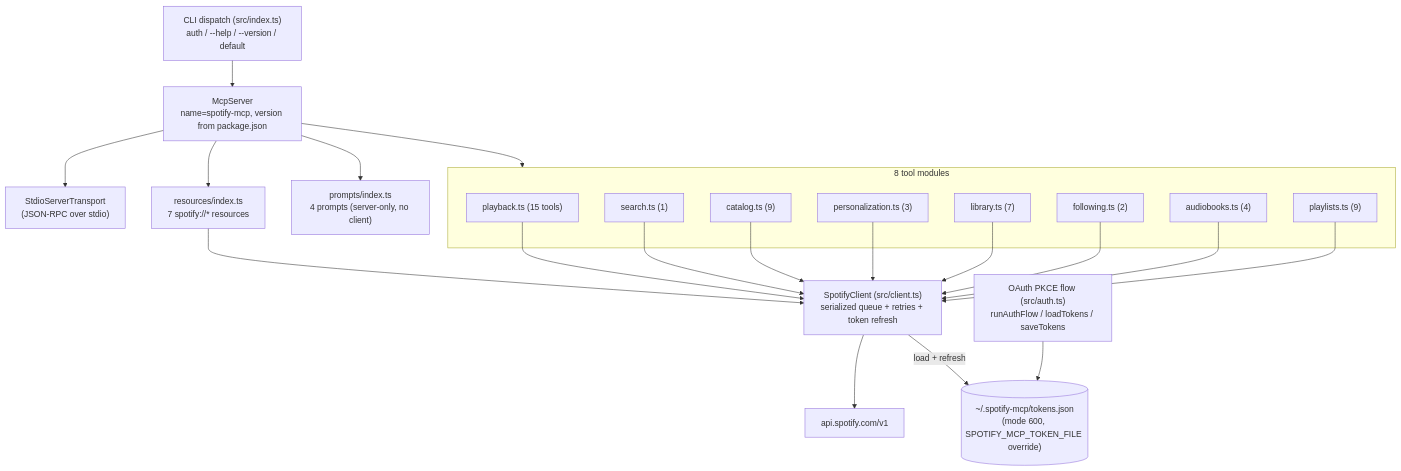
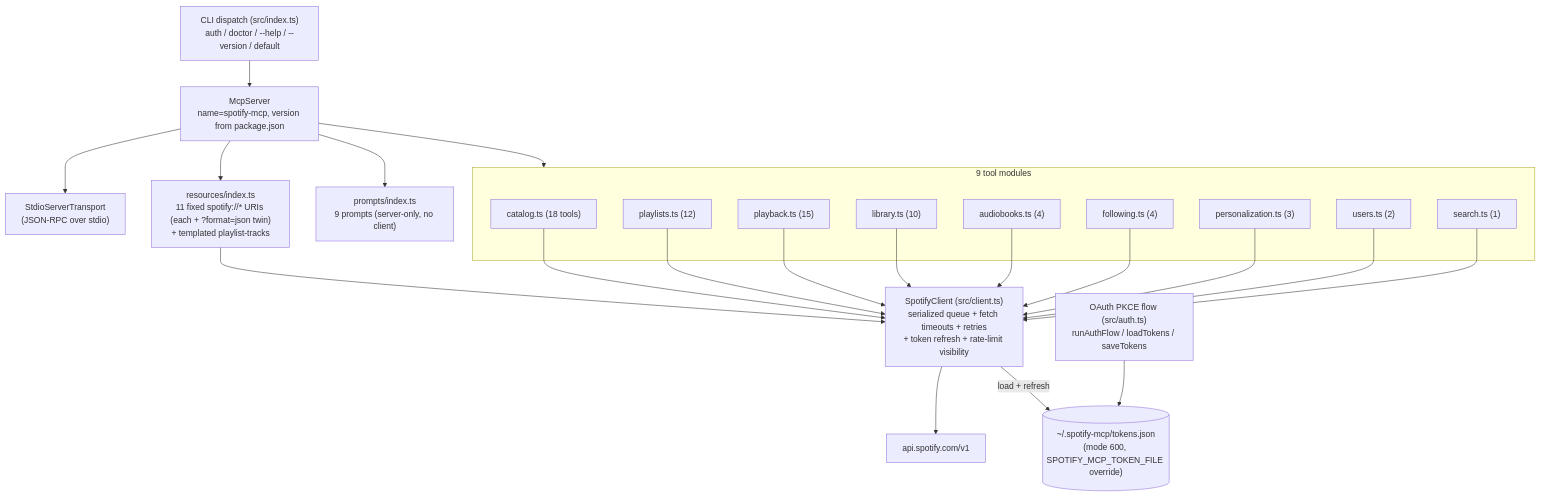
The first of 2 diagrams in ARCHITECTURE.md (NovaLux12/spotify-mcp-server), drawn with Mermaid before and after one commit. The commit also changed other lines of this file and 7 other files, not shown here.

````diff
--- a/ARCHITECTURE.md
+++ b/ARCHITECTURE.md
@@ -7,34 +7,36 @@
 ```mermaid
 flowchart TD
-    CLI["CLI dispatch (src/index.ts)<br/>auth / --help / --version / default"] --> MCP["McpServer<br/>name=spotify-mcp, version from package.json"]
+    CLI["CLI dispatch (src/index.ts)<br/>auth / doctor / --help / --version / default"] --> MCP["McpServer<br/>name=spotify-mcp, version from package.json"]
     MCP --> T["StdioServerTransport<br/>(JSON-RPC over stdio)"]
 
-    subgraph REG["8 tool modules"]
-        PB["playback.ts (15 tools)"]
+    subgraph REG["9 tool modules"]
+        CA["catalog.ts (18 tools)"]
+        PL["playlists.ts (12)"]
+        PB["playback.ts (15)"]
+        LI["library.ts (10)"]
+        AB["audiobooks.ts (4)"]
+        FO["following.ts (4)"]
+        PE["personalization.ts (3)"]
+        US["users.ts (2)"]
         SE["search.ts (1)"]
-        CA["catalog.ts (9)"]
-        PE["personalization.ts (3)"]
-        LI["library.ts (7)"]
-        FO["following.ts (2)"]
-        AB["audiobooks.ts (4)"]
-        PL["playlists.ts (9)"]
     end
     MCP --> REG
 
-    MCP --> RES["resources/index.ts<br/>7 spotify://* resources"]
-    MCP --> PRM["prompts/index.ts<br/>4 prompts (server-only, no client)"]
+    MCP --> RES["resources/index.ts<br/>11 fixed spotify://* URIs (each + ?format=json twin)<br/>+ templated playlist-tracks"]
+    MCP --> PRM["prompts/index.ts<br/>9 prompts (server-only, no client)"]
 
+    CA --> C
+    PL --> C
     PB --> C
+    LI --> C
+    AB --> C
+    FO --> C
+    PE --> C
+    US --> C
     SE --> C
-    CA --> C
-    PE --> C
-    LI --> C
-    FO --> C
-    AB --> C
-    PL --> C
     RES --> C
 
-    C["SpotifyClient (src/client.ts)<br/>serialized queue + retries + token refresh"] --> API["api.spotify.com/v1"]
+    C["SpotifyClient (src/client.ts)<br/>serialized queue + fetch timeouts + retries<br/>+ token refresh + rate-limit visibility"] --> API["api.spotify.com/v1"]
     AUTH["OAuth PKCE flow (src/auth.ts)<br/>runAuthFlow / loadTokens / saveTokens"] --> TOK[("~/.spotify-mcp/tokens.json<br/>(mode 600, SPOTIFY_MCP_TOKEN_FILE override)")]
     C -- "load + refresh" --> TOK
 ```
````
